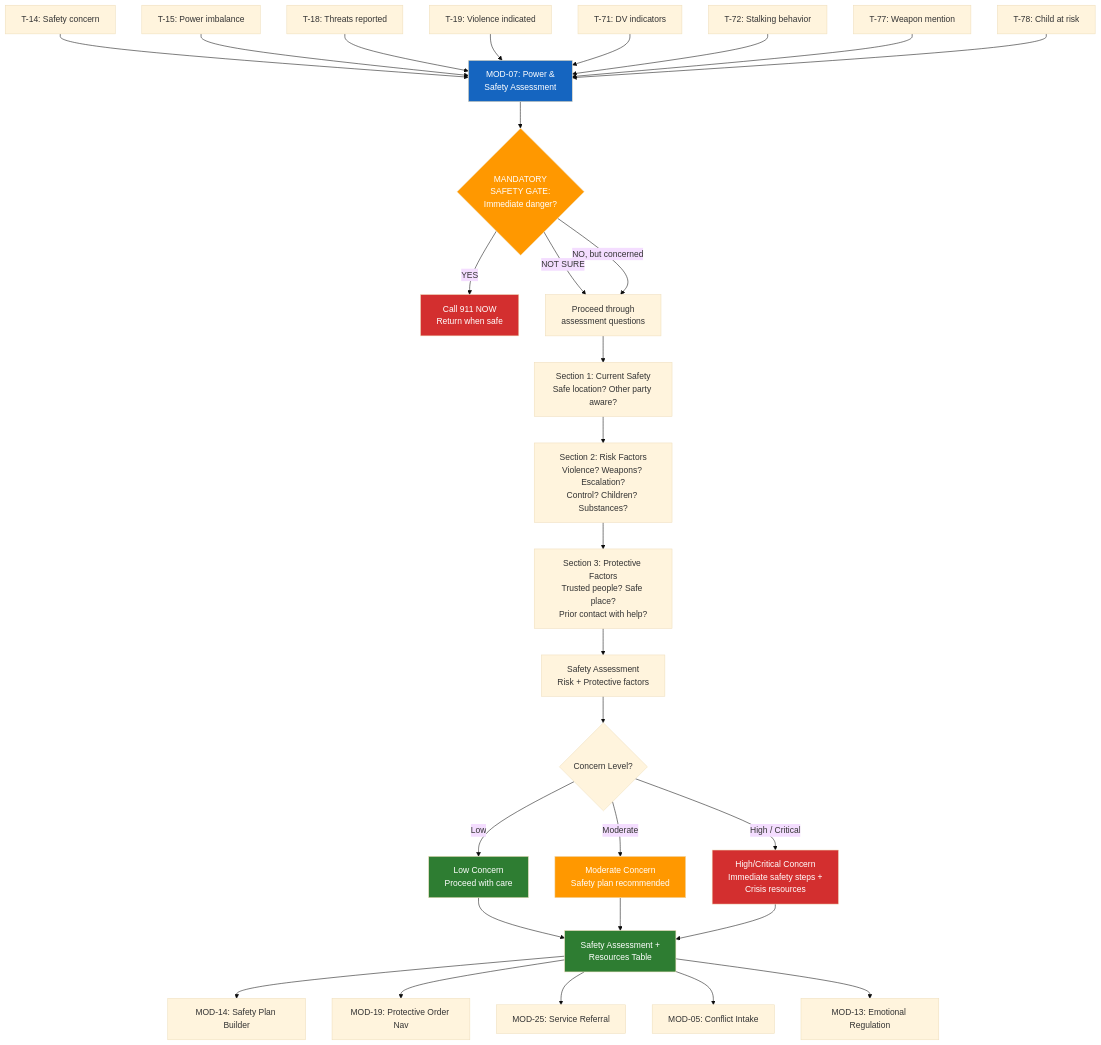
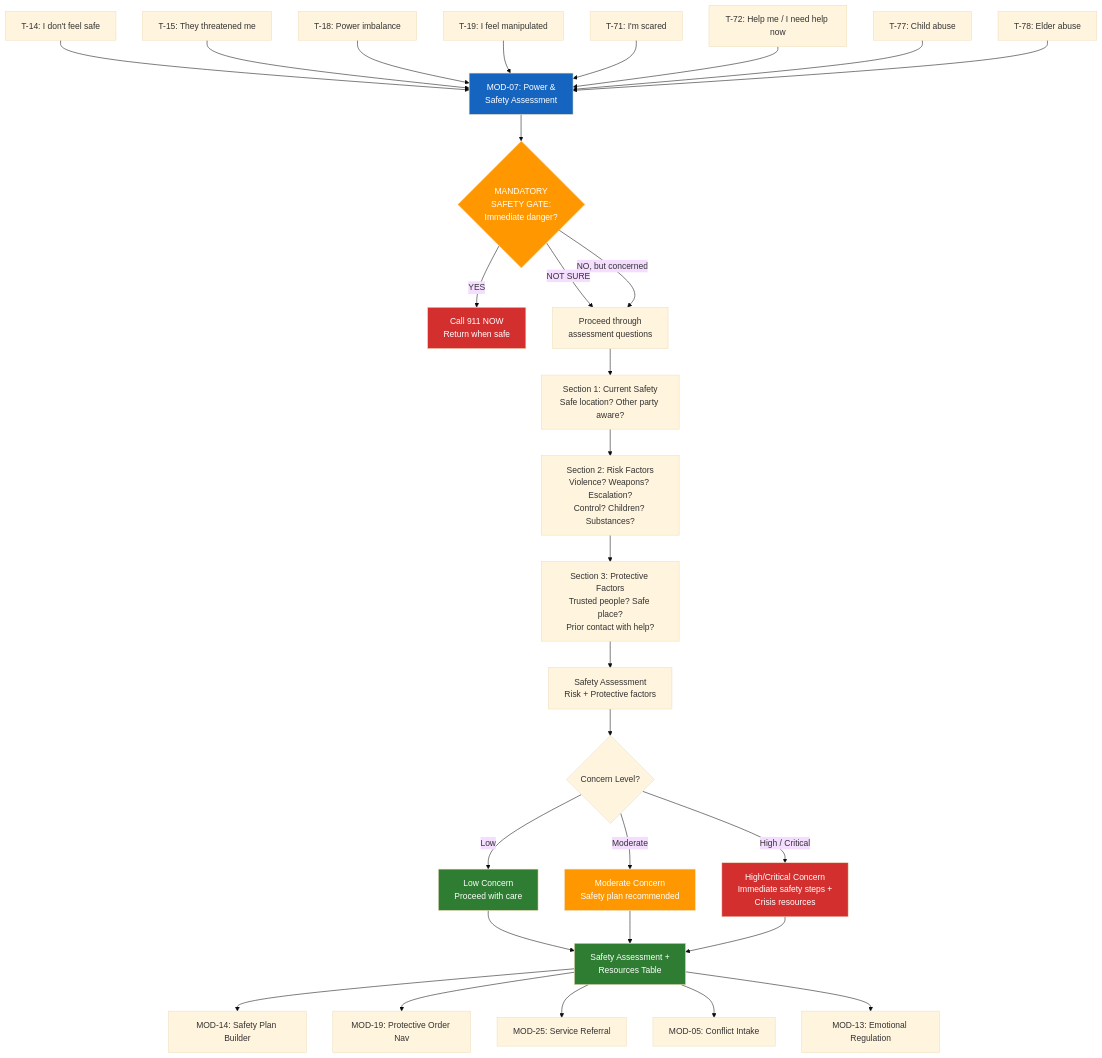
The diagram in modules/MOD-07-power-safety-assessment.md (dougdevitre/access-to-peace), drawn with Mermaid (base theme) before and after one commit. The commit also changed 1 other file, not shown here.

Commit message:
Match MOD-07 diagram labels and four trigger rows to the catalog (#23)
S13: the MOD-07 entry nodes now use the trigger names from
references/triggers.md (T-15 was "Power imbalance", T-77 "Weapon mention",
and so on). S14: T-21, T-22, T-23 and T-29 read "Green after safety screen",
as references/routing.md already does for MOD-08, MOD-09 and MOD-10.
Labels only; no routing or wording change.

Claude-Session: https://claude.ai/code/session_013FuPtkmqxP2QTgBUprXHYv

````diff
--- a/modules/MOD-07-power-safety-assessment.md
+++ b/modules/MOD-07-power-safety-assessment.md
@@ -16,43 +16,43 @@
 ```mermaid
 flowchart TD
-    T14["T-14: Safety concern"] --> ENTRY
-    T15["T-15: Power imbalance"] --> ENTRY
-    T18["T-18: Threats reported"] --> ENTRY
-    T19["T-19: Violence indicated"] --> ENTRY
-    T71["T-71: DV indicators"] --> ENTRY
-    T72["T-72: Stalking behavior"] --> ENTRY
-    T77["T-77: Weapon mention"] --> ENTRY
-    T78["T-78: Child at risk"] --> ENTRY
+    T14["T-14: I don't feel safe"] --> ENTRY
+    T15["T-15: They threatened me"] --> ENTRY
+    T18["T-18: Power imbalance"] --> ENTRY
+    T19["T-19: I feel manipulated"] --> ENTRY
+    T71["T-71: I'm scared"] --> ENTRY
+    T72["T-72: Help me / I need help now"] --> ENTRY
+    T77["T-77: Child abuse"] --> ENTRY
+    T78["T-78: Elder abuse"] --> ENTRY
 
     ENTRY["MOD-07: Power &\nSafety Assessment"]:::blue --> GATE{"MANDATORY\nSAFETY GATE:\nImmediate danger?"}:::orange
 
     GATE -- "YES" --> CRISIS["Call 911 NOW\nReturn when safe"]:::red
     GATE -- "NOT SURE" --> QUESTIONS["Proceed through\nassessment questions"]
     GATE -- "NO, but concerned" --> QUESTIONS
 
     QUESTIONS --> S1["Section 1: Current Safety\nSafe location? Other party aware?"]
     S1 --> S2["Section 2: Risk Factors\nViolence? Weapons? Escalation?\nControl? Children? Substances?"]
     S2 --> S3["Section 3: Protective Factors\nTrusted people? Safe place?\nPrior contact with help?"]
 
     S3 --> ASSESS["Safety Assessment\nRisk + Protective factors"]
     ASSESS --> LEVEL{"Concern Level?"}
 
     LEVEL -- "Low" --> LOW["Low Concern\nProceed with care"]:::green
     LEVEL -- "Moderate" --> MOD_RISK["Moderate Concern\nSafety plan recommended"]:::orange
     LEVEL -- "High / Critical" --> HIGH["High/Critical Concern\nImmediate safety steps +\nCrisis resources"]:::red
 
     LOW --> OUTPUT["Safety Assessment +\nResources Table"]:::green
     MOD_RISK --> OUTPUT
     HIGH --> OUTPUT
 
     OUTPUT --> MOD14["MOD-14: Safety Plan Builder"]
     OUTPUT --> MOD19["MOD-19: Protective Order Nav"]
     OUTPUT --> MOD25["MOD-25: Service Referral"]
     OUTPUT --> MOD05["MOD-05: Conflict Intake"]
     OUTPUT --> MOD13["MOD-13: Emotional Regulation"]
 
     classDef blue fill:#1565c0,color:#fff
     classDef orange fill:#ff9800,color:#fff
     classDef red fill:#d32f2f,color:#fff
     classDef green fill:#2e7d32,color:#fff
 ```
````
